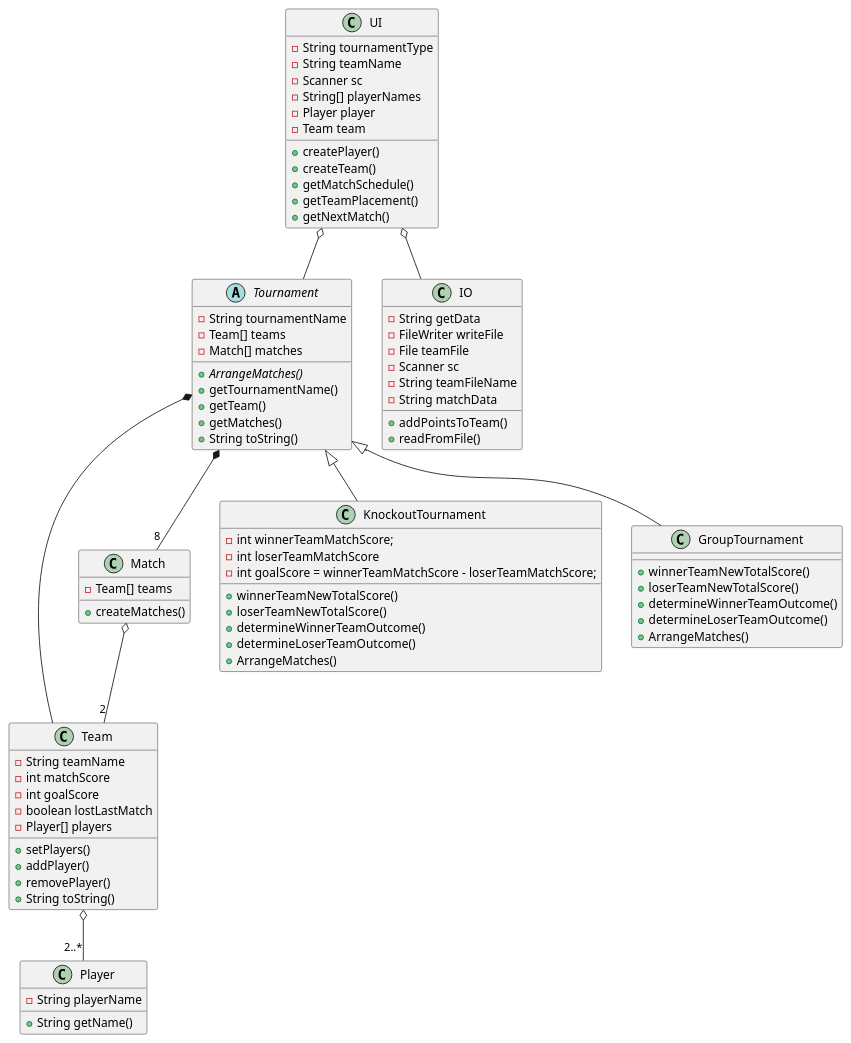
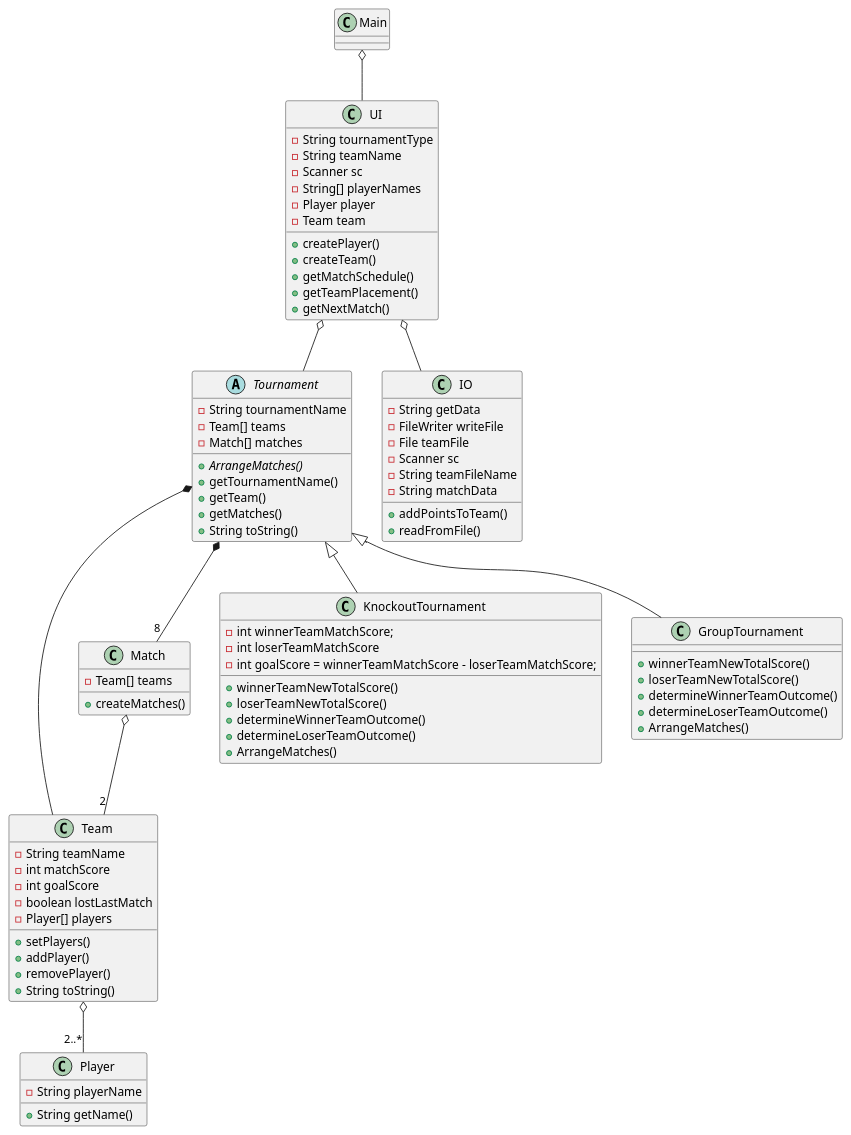
Before and after one commit to DeRp-DaWg/SP3: the diagram in doc/Class.puml, drawn with PlantUML.

Commit message:
Lavet af Andreas

```diff
--- a/doc/Class.puml
+++ b/doc/Class.puml
@@ -1,92 +1,92 @@
 @startuml
 'https://plantuml.com/class-diagram
 
 class Player {
 -String playerName
 +String getName()
 }
 
 class Team {
 -String teamName
 -int matchScore
 -int goalScore
 -boolean lostLastMatch
 -Player[] players
 +setPlayers()
 +addPlayer()
 +removePlayer()
 +String toString()
 }
 
 class Match{
 -Team[] teams
 +createMatches()
 }
 
 abstract Tournament {
 -String tournamentName
 -Team[] teams
 -Match[] matches
 +{abstract}ArrangeMatches()
 +getTournamentName()
 +getTeam()
 +getMatches()
 +String toString()
 }
 
 class KnockoutTournament{
 -int winnerTeamMatchScore;
 -int loserTeamMatchScore
 -int goalScore = winnerTeamMatchScore - loserTeamMatchScore;
 
 +winnerTeamNewTotalScore()
 +loserTeamNewTotalScore()
 +determineWinnerTeamOutcome()
 +determineLoserTeamOutcome()
 +ArrangeMatches()
 }
 
 class GroupTournament{
 +winnerTeamNewTotalScore()
 +loserTeamNewTotalScore()
 +determineWinnerTeamOutcome()
 +determineLoserTeamOutcome()
 +ArrangeMatches()
 }
 
 class UI {
 -String tournamentType
 -String teamName
 -Scanner sc
 -String[] playerNames
 -Player player
 -Team team
 +createPlayer()
 +createTeam()
 +getMatchSchedule()
 +getTeamPlacement()
 +getNextMatch()
 }
 
 class IO {
 -String getData
 -FileWriter writeFile
 -File teamFile
 -Scanner sc
 -String teamFileName
 -String matchData
 +addPointsToTeam()
 +readFromFile()
 }
-
+class Main{}
 
 UI o-- Tournament
 UI o-- IO
 Tournament *-- "8" Match
 Tournament *-- Team
 Match o-- "2" Team
 Team o-- "2..*" Player
 Tournament <|-- KnockoutTournament
 Tournament <|-- GroupTournament
-
+Main o-- UI
 @enduml
```
